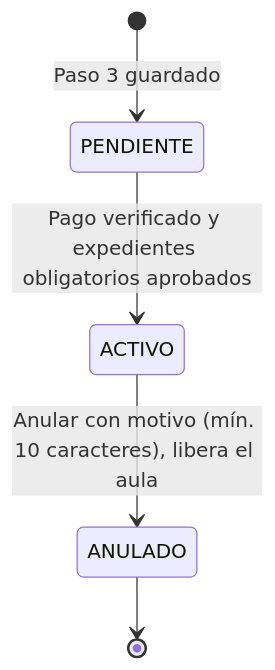
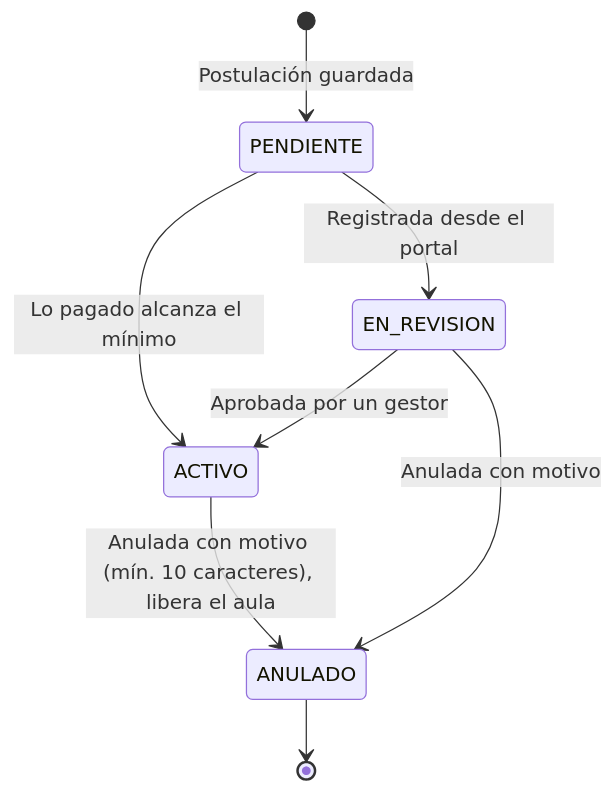
Before and after one commit to soujamt/cepre-unu: the eighth of 11 diagrams in FLUJO_PROCESOS_CEPRE.md, drawn with Mermaid. The commit also changed other lines of this file, not shown here.

````diff
--- a/FLUJO_PROCESOS_CEPRE.md
+++ b/FLUJO_PROCESOS_CEPRE.md
@@ -258,7 +281,10 @@
 ```mermaid
 stateDiagram-v2
-    [*] --> PENDIENTE: Paso 3 guardado
-    PENDIENTE --> ACTIVO: Pago verificado y expedientes obligatorios aprobados
-    ACTIVO --> ANULADO: Anular con motivo (mín. 10 caracteres), libera el aula
+    [*] --> PENDIENTE: Postulación guardada
+    PENDIENTE --> ACTIVO: Lo pagado alcanza el mínimo
+    PENDIENTE --> EN_REVISION: Registrada desde el portal
+    EN_REVISION --> ACTIVO: Aprobada por un gestor
+    EN_REVISION --> ANULADO: Anulada con motivo
+    ACTIVO --> ANULADO: Anulada con motivo (mín. 10 caracteres), libera el aula
     ANULADO --> [*]
 ```
````
